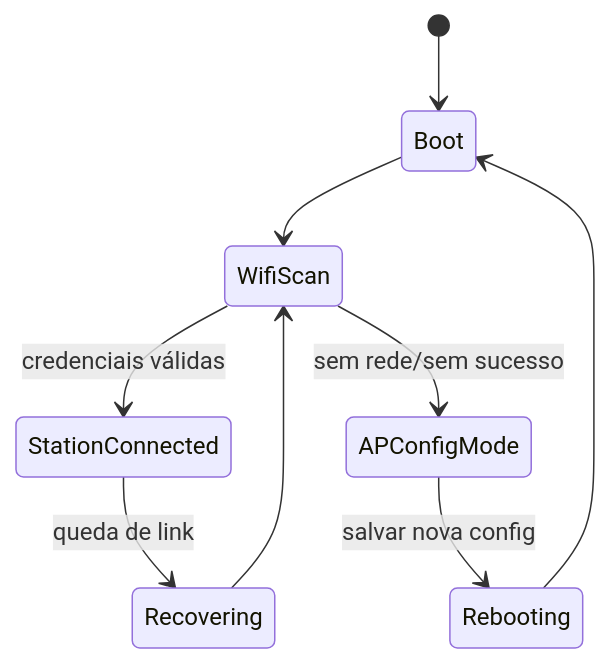
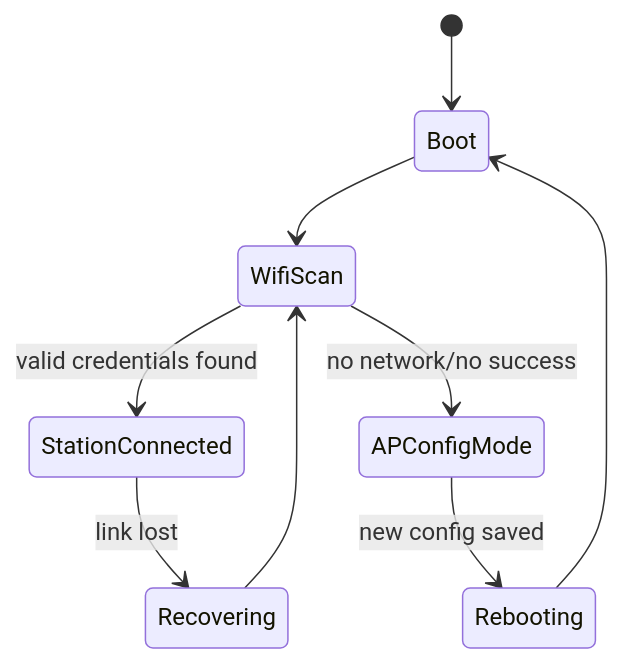
One commit to paulocfmarques-collab/M5NanoC6_wifi changed diagram 14 of 14 in README.md. Above: the diagram before and after it, drawn with Mermaid. The commit also changed other lines of this file, not shown here.

````diff
--- a/README.md
+++ b/README.md
@@ -490,11 +490,11 @@
 ```mermaid
 stateDiagram-v2
     [*] --> Boot
     Boot --> WifiScan
-    WifiScan --> StationConnected: credenciais válidas
-    WifiScan --> APConfigMode: sem rede/sem sucesso
-    StationConnected --> Recovering: queda de link
+    WifiScan --> StationConnected: valid credentials found
+    WifiScan --> APConfigMode: no network/no success
+    StationConnected --> Recovering: link lost
     Recovering --> WifiScan
-    APConfigMode --> Rebooting: salvar nova config
+    APConfigMode --> Rebooting: new config saved
     Rebooting --> Boot
 ```
````
